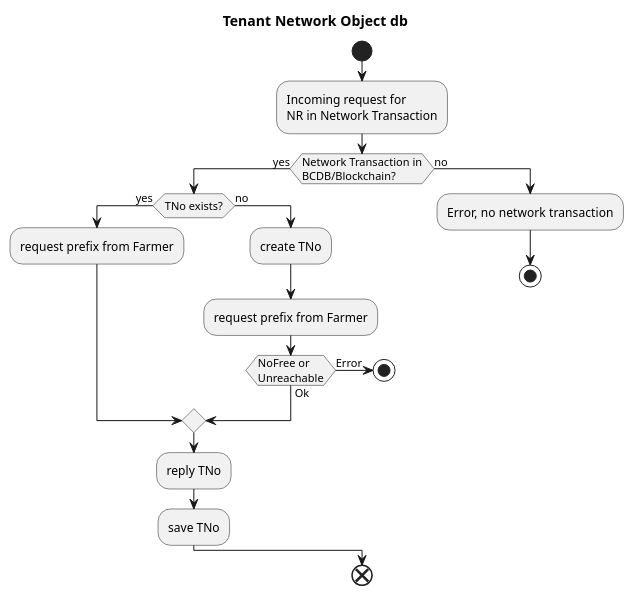
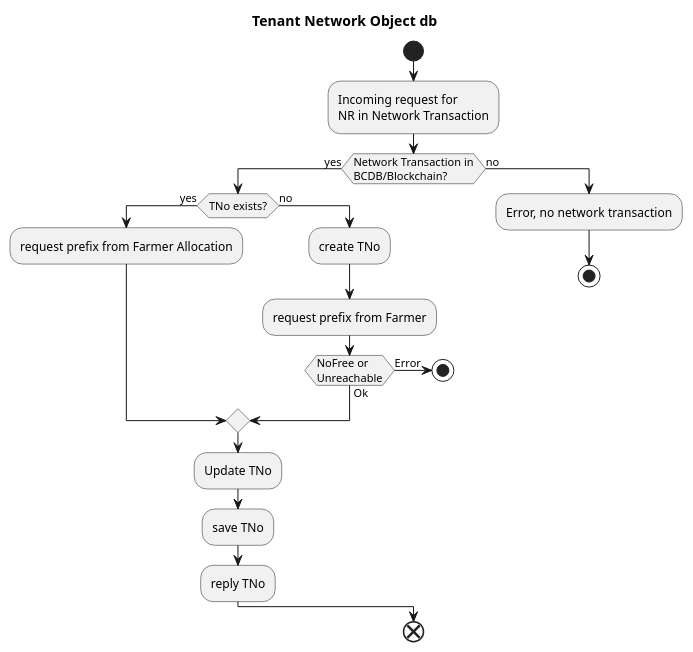
Before and after one commit to threefoldtech/zos: the diagram in specs/network/tnodb.wsd, drawn with PlantUML. The commit also changed 7 other files, not shown here.

```diff
--- a/specs/network/tnodb.wsd
+++ b/specs/network/tnodb.wsd
@@ -1,23 +1,24 @@
 @startuml
 title Tenant Network Object db
 start
 :Incoming request for\nNR in Network Transaction;
 if (Network Transaction in\nBCDB/Blockchain?) then (yes)
     if (TNo exists?) then (yes)
-        :request prefix from Farmer;
+        :request prefix from Farmer Allocation;
     else (no)
         :create TNo;
         :request prefix from Farmer;
         if (NoFree or\nUnreachable) then (Error)
             stop
         else (Ok)
         endif
     endif 
+    :Update TNo;
+    :save TNo;
     :reply TNo;
-    :save TNo;
 else (no)
     :Error, no network transaction;
     stop
 endif
 end
 @enduml
```
